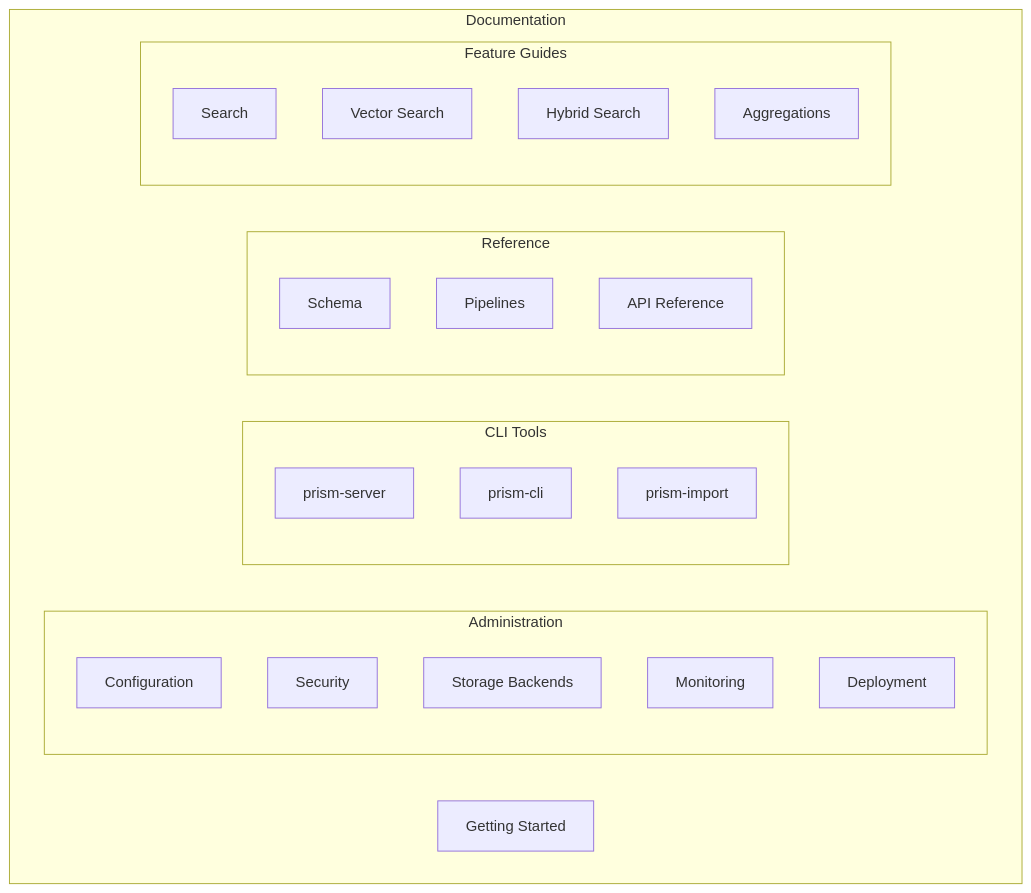
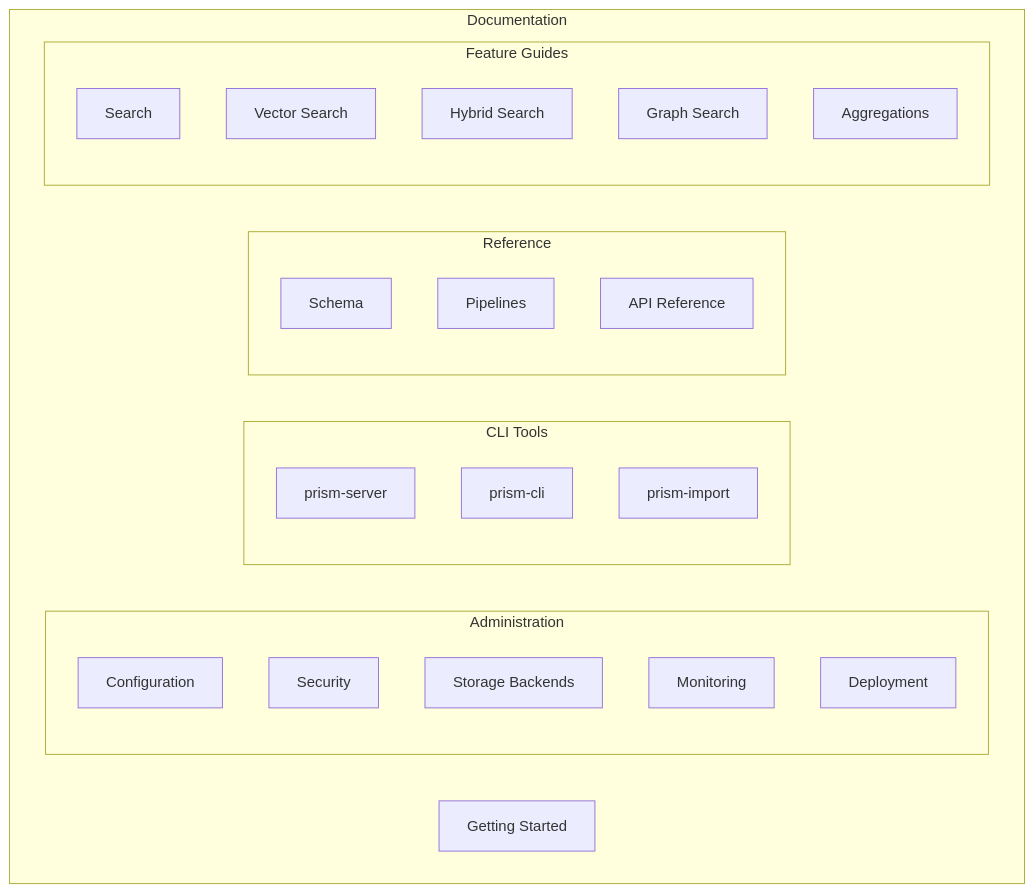
Before and after one commit to mikalv/prism: the diagram in docs/index.md, drawn with Mermaid. The commit also changed other lines of this file and 4 other files, not shown here.

First line of the commit message:
docs: add graph search feature guide and update MkDocs nav

````diff
--- a/docs/index.md
+++ b/docs/index.md
@@ -7,33 +7,34 @@
 ```mermaid
 graph TD
     subgraph docs["Documentation"]
         GS[Getting Started]
 
         subgraph admin["Administration"]
             CONF[Configuration]
             SEC[Security]
             STOR[Storage Backends]
             MON[Monitoring]
             DEP[Deployment]
         end
 
         subgraph cli["CLI Tools"]
             SRV[prism-server]
             CLI[prism-cli]
             IMP[prism-import]
         end
 
         subgraph reference["Reference"]
             SCH[Schema]
             PIPE[Pipelines]
             API[API Reference]
         end
 
         subgraph guides["Feature Guides"]
             SRCH[Search]
             VEC[Vector Search]
             HYB[Hybrid Search]
+            GRF[Graph Search]
             AGG[Aggregations]
         end
     end
 ```
````
